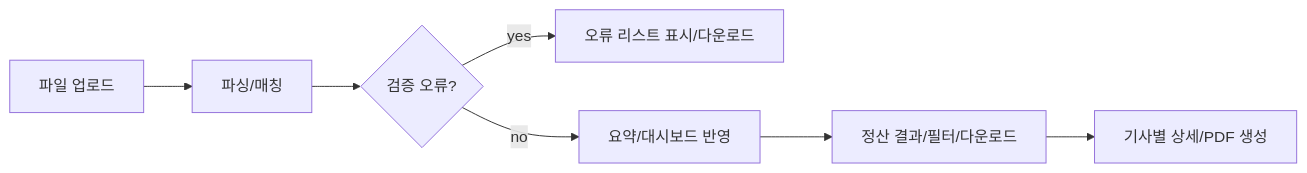
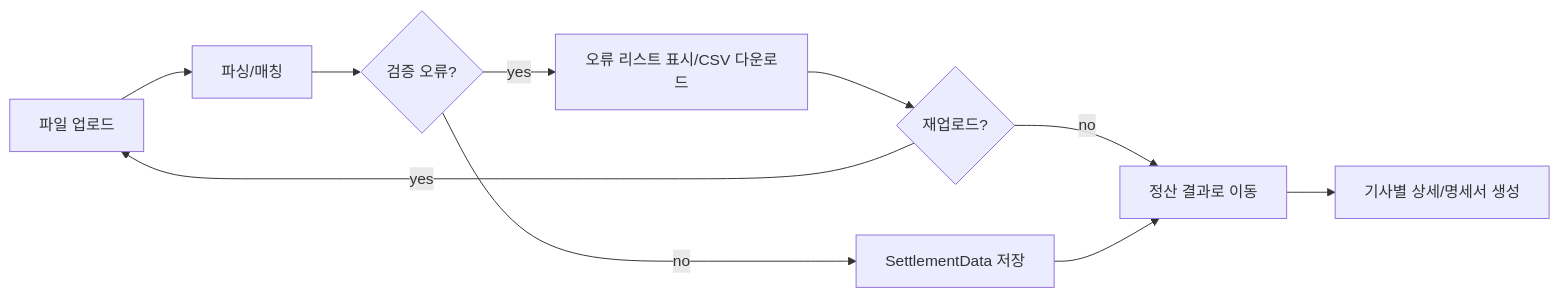
One commit to DreamProjectKR/flowrider changed the first of 2 diagrams in docs/PRD.md. Above: the diagram before and after it, drawn with Mermaid. The commit also changed other lines of this file and 5 other files, not shown here.

Commit message:
Refactor documentation to replace 'DailySettlement' with 'SettlementData' across multiple files for consistency and clarity. Update related sections in Basic.md, Data-Model.md, ERD.md, Feature-Spec.md, Flows.md, and PRD.md to reflect the new terminology.

````diff
--- a/docs/PRD.md
+++ b/docs/PRD.md
@@ -65,9 +67,12 @@
 ```mermaid
 flowchart LR
 upload[파일 업로드] --> parse[파싱/매칭]
 parse --> decision{검증 오류?}
-decision -- yes --> errors[오류 리스트 표시/다운로드]
-decision -- no --> summarize[요약/대시보드 반영]
-summarize --> resultPage[정산 결과/필터/다운로드]
-resultPage --> detail[기사별 상세/PDF 생성]
+decision -- yes --> errors[오류 리스트 표시/CSV 다운로드]
+decision -- no --> writeDb[SettlementData 저장]
+errors --> nextAction{재업로드?}
+nextAction -- yes --> upload
+nextAction -- no --> resultPage[정산 결과로 이동]
+writeDb --> resultPage[정산 결과로 이동]
+resultPage --> detail[기사별 상세/명세서 생성]
 ```
````
